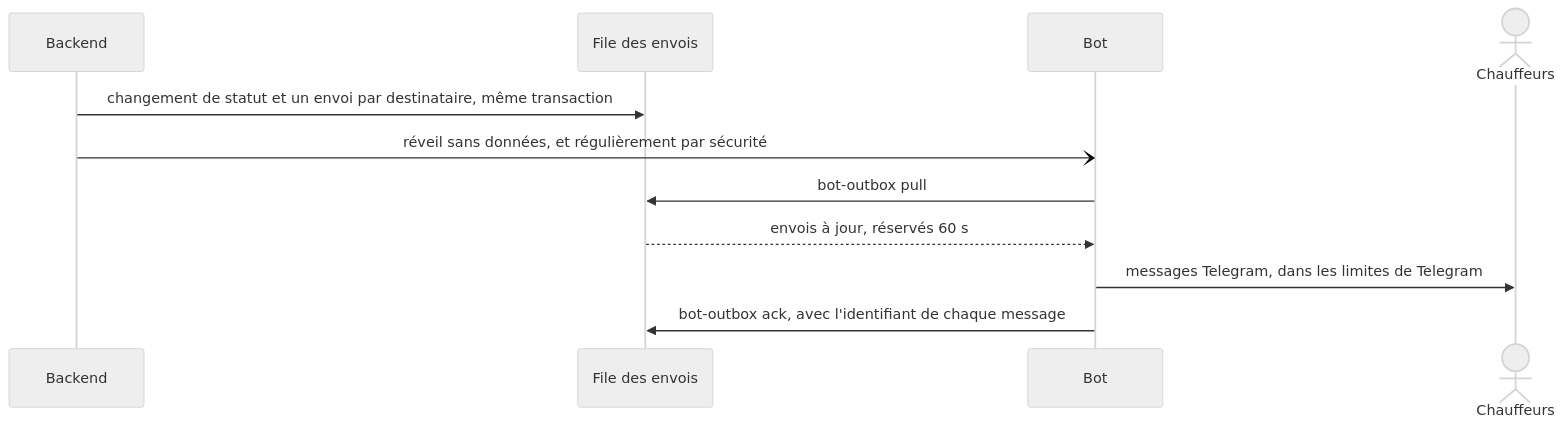
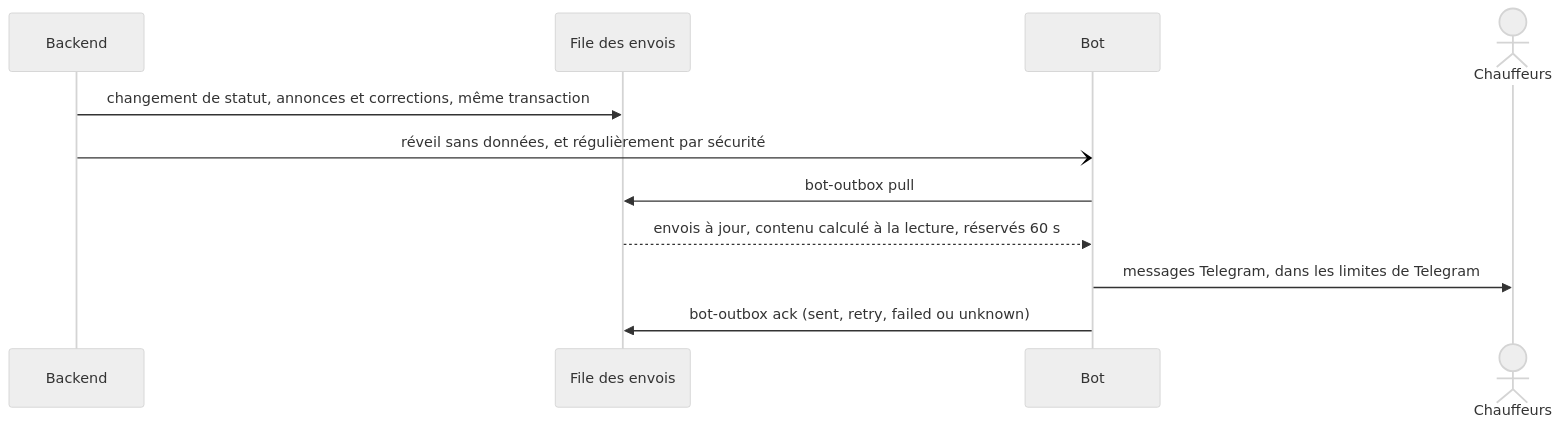
One commit to oren1996/driverss changed the third of 6 diagrams in docs/ARCHITECTURE.md. Above: the diagram before and after it, drawn with Mermaid (neutral theme). The commit also changed other lines of this file and 9 other files, not shown here.

First line of the commit message:
docs: deuxième relecture — messages du bot corrigés un par un, liaisons Telegram, corrections du grand livre

````diff
--- a/docs/ARCHITECTURE.md
+++ b/docs/ARCHITECTURE.md
@@ -154,14 +154,14 @@
 ```mermaid
 sequenceDiagram
     participant B as Backend
     participant F as File des envois
     participant T as Bot
     actor C as Chauffeurs
 
-    B->>F: changement de statut et un envoi par destinataire, même transaction
+    B->>F: changement de statut, annonces et corrections, même transaction
     B-)T: réveil sans données, et régulièrement par sécurité
     T->>F: bot-outbox pull
-    F-->>T: envois à jour, réservés 60 s
+    F-->>T: envois à jour, contenu calculé à la lecture, réservés 60 s
     T->>C: messages Telegram, dans les limites de Telegram
-    T->>F: bot-outbox ack, avec l'identifiant de chaque message
+    T->>F: bot-outbox ack (sent, retry, failed ou unknown)
 ```
````
